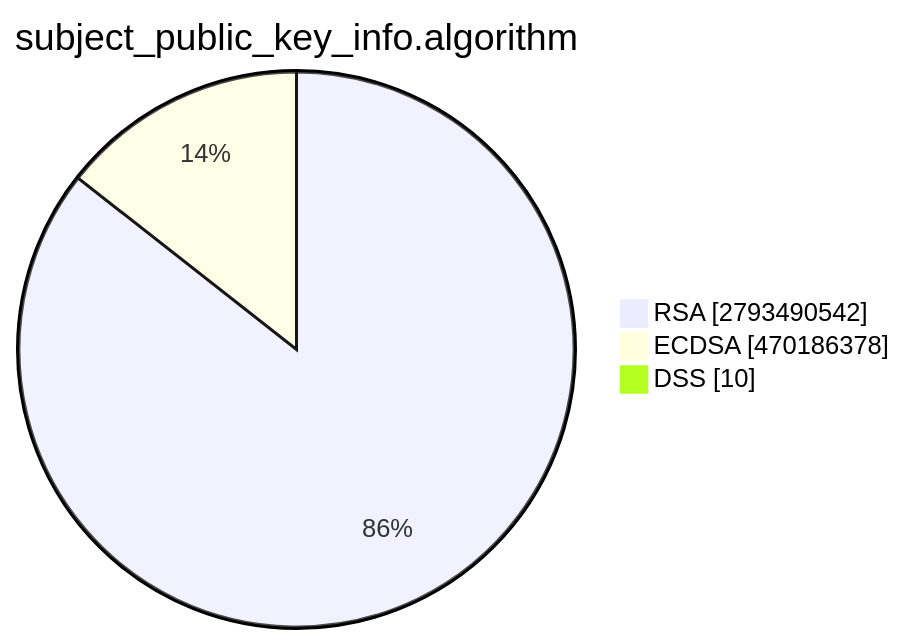
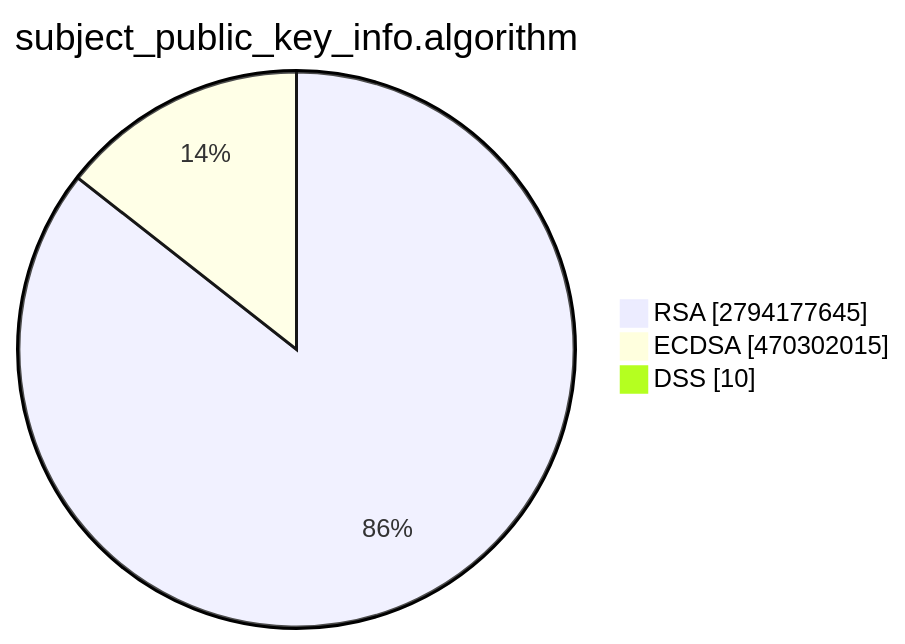
The second of 15 diagrams in TOTAL/README.md (christiankrug/ctmonitor_visualization), drawn with Mermaid before and after one commit. The commit also changed other lines of this file, not shown here.

````diff
--- a/TOTAL/README.md
+++ b/TOTAL/README.md
@@ -6,7 +6,7 @@
 ```mermaid
 pie showData
 title subject_public_key_info.algorithm
-"RSA" :2793490542
-"ECDSA" :470186378
+"RSA" :2794177645
+"ECDSA" :470302015
 "DSS" :10
 ```
````
